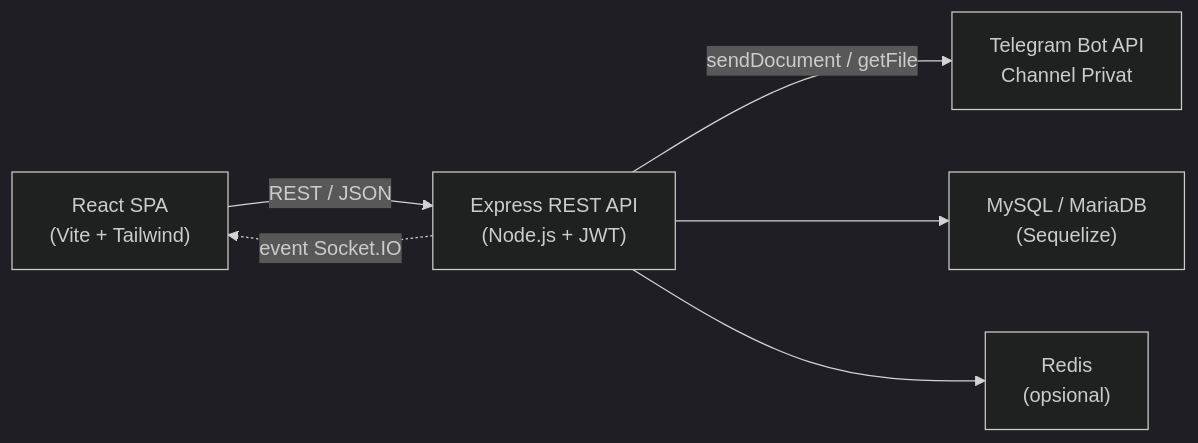
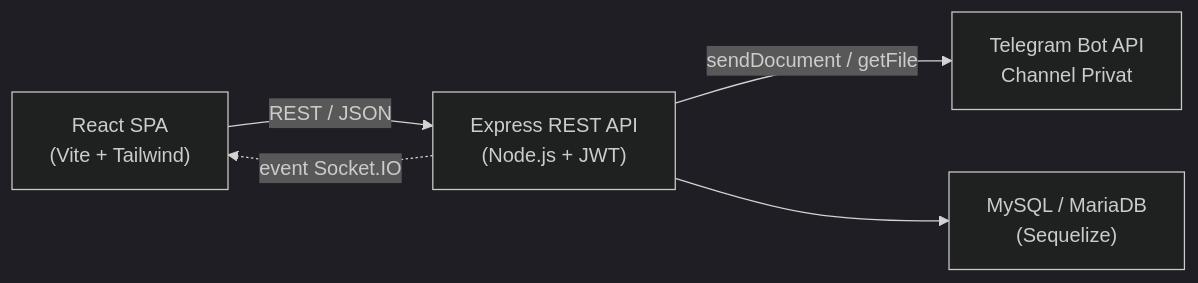
One commit to Chaerulcp/Teldock changed the diagram in docs-site/id/guide/architecture.md. Above: the diagram before and after it, drawn with Mermaid (dark theme). The commit also changed other lines of this file and 34 other files, not shown here.

````diff
--- a/docs-site/id/guide/architecture.md
+++ b/docs-site/id/guide/architecture.md
@@ -12,8 +12,7 @@
 ```mermaid
 flowchart LR
     SPA["React SPA<br/>(Vite + Tailwind)"] -->|REST / JSON| API["Express REST API<br/>(Node.js + JWT)"]
     API -->|sendDocument / getFile| TG["Telegram Bot API<br/>Channel Privat"]
     API --> DB["MySQL / MariaDB<br/>(Sequelize)"]
-    API --> RD["Redis<br/>(opsional)"]
     API -.->|event Socket.IO| SPA
 ```
````
